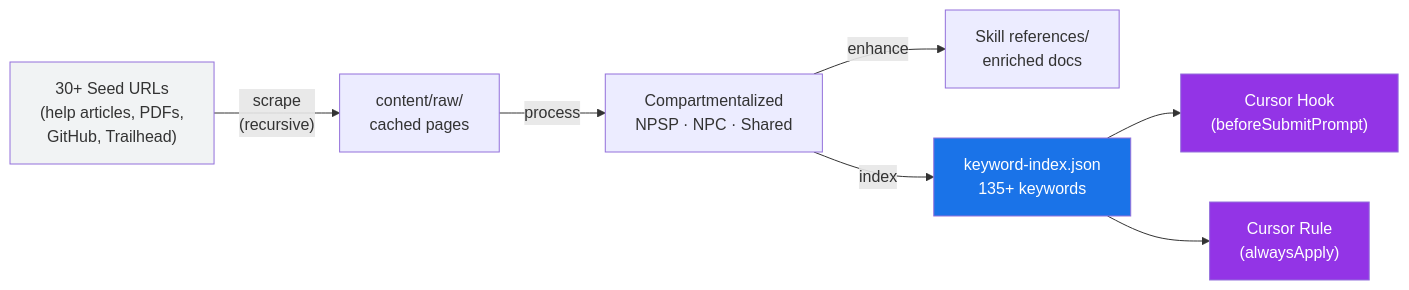
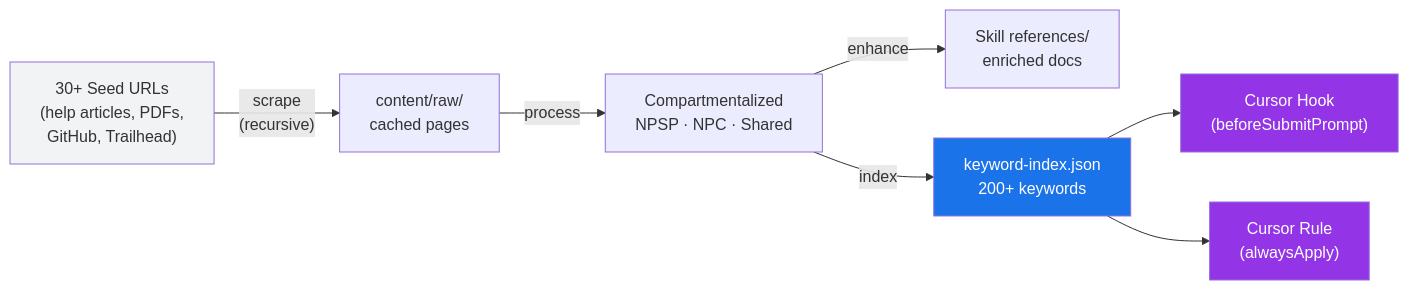
Before and after one commit to bmillersf/NGOSkills: the tenth of 10 diagrams in README.md, drawn with Mermaid. The commit also changed other lines of this file and 2 other files, not shown here.

````diff
--- a/README.md
+++ b/README.md
@@ -498,15 +505,15 @@
 ```mermaid
 flowchart LR
     SEED["30+ Seed URLs<br/>(help articles, PDFs,<br/>GitHub, Trailhead)"]
     SEED -->|"scrape<br/>(recursive)"| RAW["content/raw/<br/>cached pages"]
     RAW -->|"process"| COMP["Compartmentalized<br/>NPSP · NPC · Shared"]
     COMP -->|"enhance"| SKILLS["Skill references/<br/>enriched docs"]
-    COMP -->|"index"| KW["keyword-index.json<br/>135+ keywords"]
+    COMP -->|"index"| KW["keyword-index.json<br/>200+ keywords"]
     KW --> HOOK["Cursor Hook<br/>(beforeSubmitPrompt)"]
     KW --> RULE["Cursor Rule<br/>(alwaysApply)"]
 
     style SEED fill:#f1f3f4,color:#333
     style HOOK fill:#9334e6,color:#fff
     style RULE fill:#9334e6,color:#fff
     style KW fill:#1a73e8,color:#fff
 ```
````
